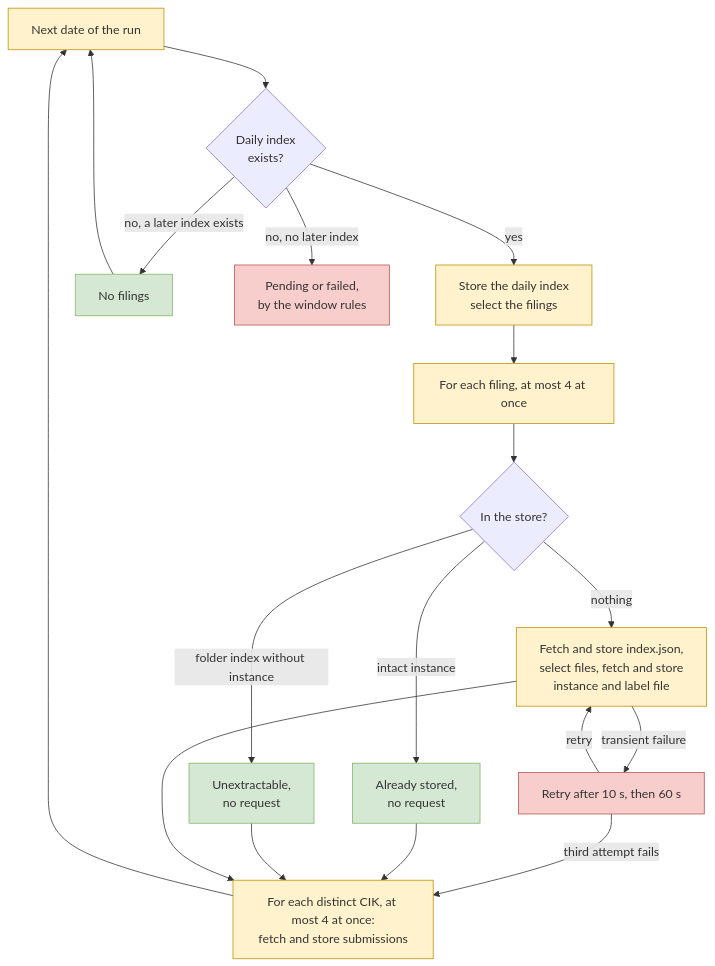
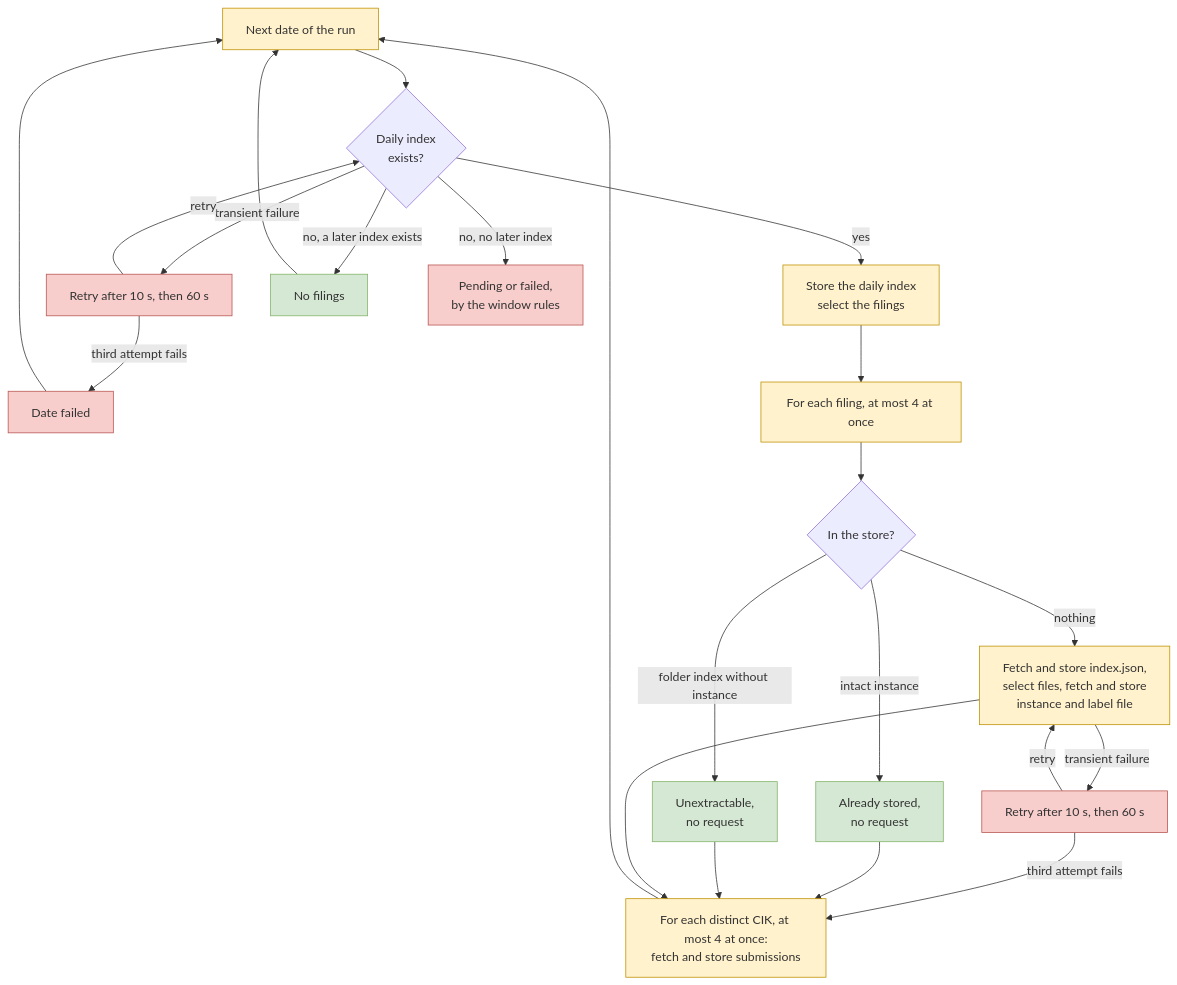
One commit to ironcapitaleu/arkad changed the fourth of 4 diagrams in sec/design/pipeline/extraction_overview.md. Above: the diagram before and after it, drawn with Mermaid. The commit also changed other lines of this file and 7 other files, not shown here.

````diff
--- a/sec/design/pipeline/extraction_overview.md
+++ b/sec/design/pipeline/extraction_overview.md
@@ -394,24 +394,28 @@
 ```mermaid
 flowchart TB
     classDef step fill:#fff2cc,stroke:#bf9000
     classDef skip fill:#d5e8d4,stroke:#82b366
     classDef fail fill:#f8cecc,stroke:#b85450
 
     D["Next date of the run"]:::step --> DI{"Daily index<br/>exists?"}
+    DI -- "transient failure" --> RD["Retry after 10 s, then 60 s"]:::fail
+    RD -- "retry" --> DI
+    RD -- "third attempt fails" --> FD["Date failed"]:::fail
+    FD --> D
     DI -- "yes" --> SD["Store the daily index<br/>select the filings"]:::step
     DI -- "no, a later index exists" --> E["No filings"]:::skip
     DI -- "no, no later index" --> P["Pending or failed,<br/>by the window rules"]:::fail
     SD --> F["For each filing, at most 4 at once"]:::step
     F --> R{"In the store?"}
     R -- "intact instance" --> S1["Already stored,<br/>no request"]:::skip
     R -- "folder index without instance" --> S2["Unextractable,<br/>no request"]:::skip
     R -- "nothing" --> X["Fetch and store index.json,<br/>select files, fetch and store<br/>instance and label file"]:::step
     X -- "transient failure" --> RT["Retry after 10 s, then 60 s"]:::fail
     RT -- "retry" --> X
     RT -- "third attempt fails" --> C
     S1 --> C["For each distinct CIK, at most 4 at once:<br/>fetch and store submissions"]:::step
     S2 --> C
     X --> C
     E --> D
     C --> D
 ```
````
